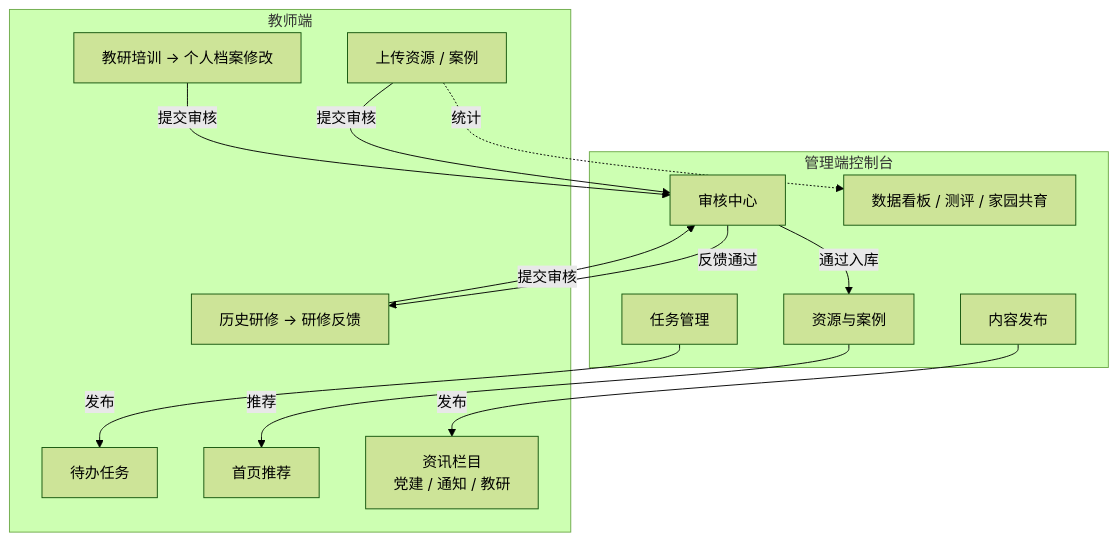
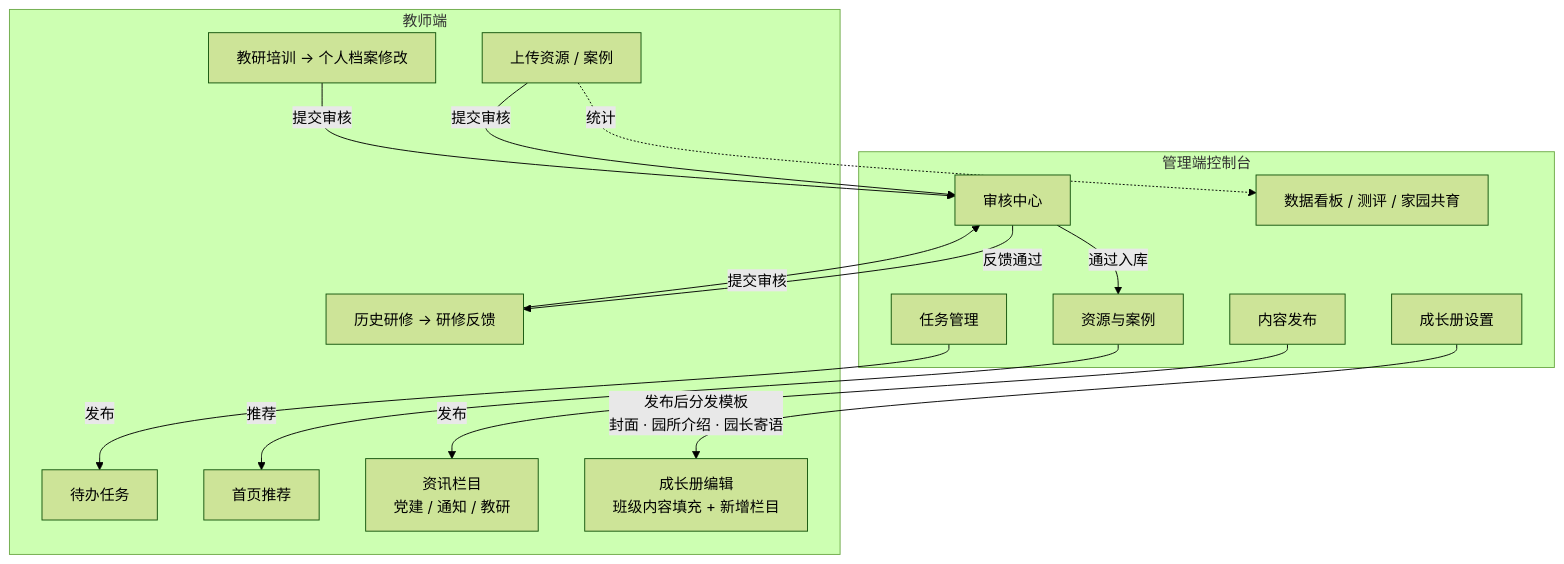
One commit to Chao0s/hualong-admin-pc changed diagram 11 of 11 in docs/信息架构.md. Above: the diagram before and after it, drawn with Mermaid (forest theme). The commit also changed other lines of this file and 11 other files, not shown here.

First line of the commit message:
feat(growthbook): add growth book setting view

````diff
--- a/docs/信息架构.md
+++ b/docs/信息架构.md
@@ -234,31 +279,34 @@
 ```mermaid
 flowchart TB
     subgraph TeacherApp["教师端"]
         T_Upload["上传资源 / 案例"]
         T_Profile["教研培训 → 个人档案修改"]
         T_Feedback["历史研修 → 研修反馈"]
         T_Todo["待办任务"]
         T_Home["首页推荐"]
         T_Column["资讯栏目<br/>党建 / 通知 / 教研"]
+        T_Book["成长册编辑<br/>班级内容填充 + 新增栏目"]
     end
 
     subgraph AdminConsole["管理端控制台"]
         A_Review["审核中心"]
         A_Library["资源与案例"]
         A_Tasks["任务管理"]
         A_Content["内容发布"]
+        A_GrowthBook["成长册设置"]
         A_Data["数据看板 / 测评 / 家园共育"]
     end
 
     T_Upload -->|提交审核| A_Review
     T_Profile -->|提交审核| A_Review
     T_Feedback -->|提交审核| A_Review
 
     A_Review -->|通过入库| A_Library
     A_Library -->|推荐| T_Home
     A_Tasks -->|发布| T_Todo
     A_Content -->|发布| T_Column
+    A_GrowthBook -->|发布后分发模板<br/>封面 · 园所介绍 · 园长寄语| T_Book
     A_Review -->|反馈通过| T_Feedback
 
     T_Upload -.统计.-> A_Data
 ```
````
